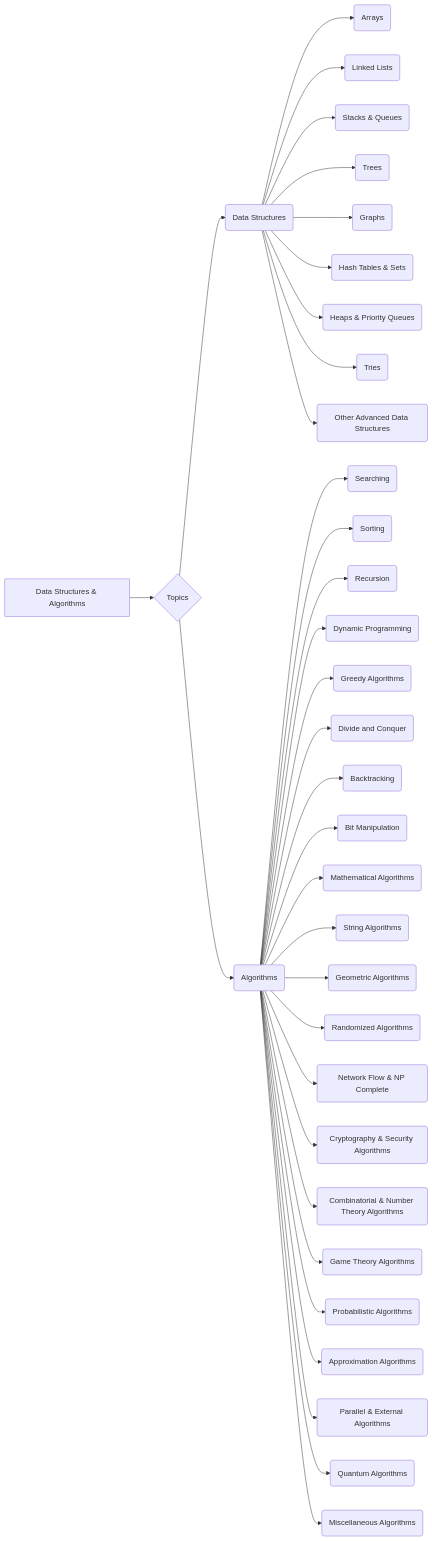
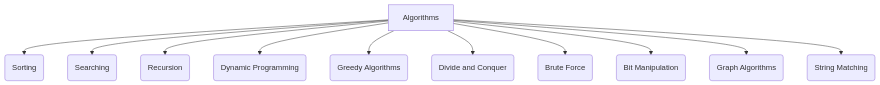
The third of 3 diagrams in dsa/index.md (ajay-dhangar/ajay-dhangar.github.io), drawn with Mermaid before and after one commit. The commit also changed other lines of this file and 5 other files, not shown here.

````diff
--- a/dsa/index.md
+++ b/dsa/index.md
@@ -12,37 +54,13 @@
 ```mermaid
-graph LR;
-    A[Data Structures & Algorithms] --> B{Topics};
-    B --> C(Data Structures);
-    B --> D(Algorithms);
-    C --> C1(Arrays);
-    C --> C2(Linked Lists);
-    C --> C3(Stacks & Queues);
-    C --> C4(Trees);
-    C --> C5(Graphs);
-    C --> C6(Hash Tables & Sets);
-    C --> C7(Heaps & Priority Queues);
-    C --> C8(Tries);
-    C --> C9(Other Advanced Data Structures);
-    D --> D1(Searching);
-    D --> D2(Sorting);
-    D --> D3(Recursion);
-    D --> D4(Dynamic Programming);
-    D --> D5(Greedy Algorithms);
-    D --> D6(Divide and Conquer);
-    D --> D7(Backtracking);
-    D --> D8(Bit Manipulation);
-    D --> D9(Mathematical Algorithms);
-    D --> D10(String Algorithms);
-    D --> D11(Geometric Algorithms);
-    D --> D12(Randomized Algorithms);
-    D --> D13(Network Flow & NP Complete);
-    D --> D14(Cryptography & Security Algorithms);
-    D --> D15(Combinatorial & Number Theory Algorithms);
-    D --> D16(Game Theory Algorithms);
-    D --> D17(Probabilistic Algorithms);
-    D --> D18(Approximation Algorithms);
-    D --> D19(Parallel & External Algorithms);
-    D --> D20(Quantum Algorithms);
-    D --> D21(Miscellaneous Algorithms);
-
+graph TD;
+    A[Algorithms] --> B(Sorting);
+    A --> C(Searching);
+    A --> D(Recursion);
+    A --> E(Dynamic Programming);
+    A --> F(Greedy Algorithms);
+    A --> G(Divide and Conquer);
+    A --> H(Brute Force);
+    A --> I(Bit Manipulation);
+    A --> J(Graph Algorithms);
+    A --> K(String Matching);
 ```
````
